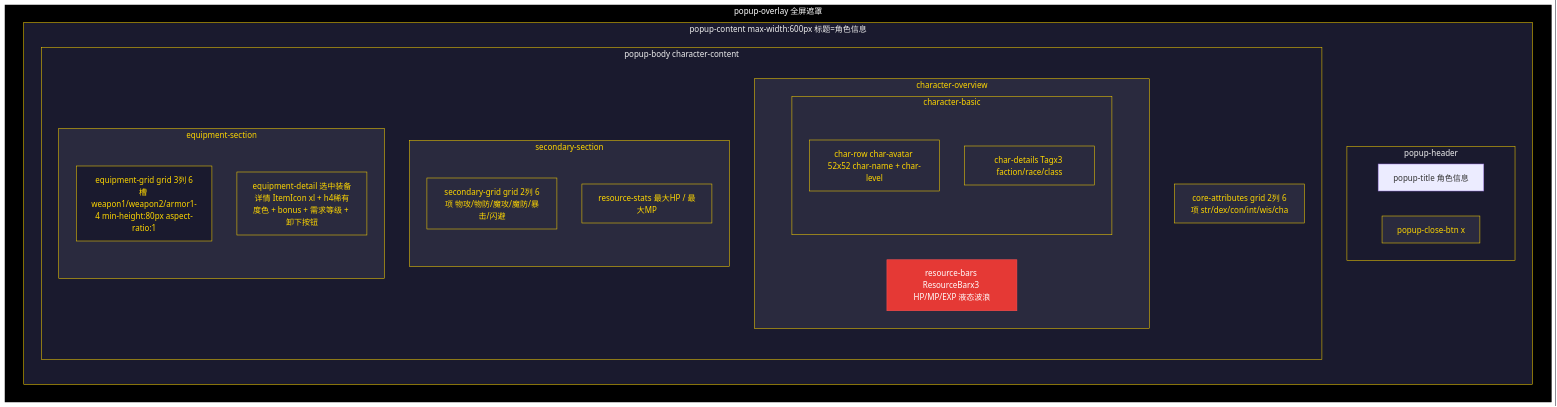
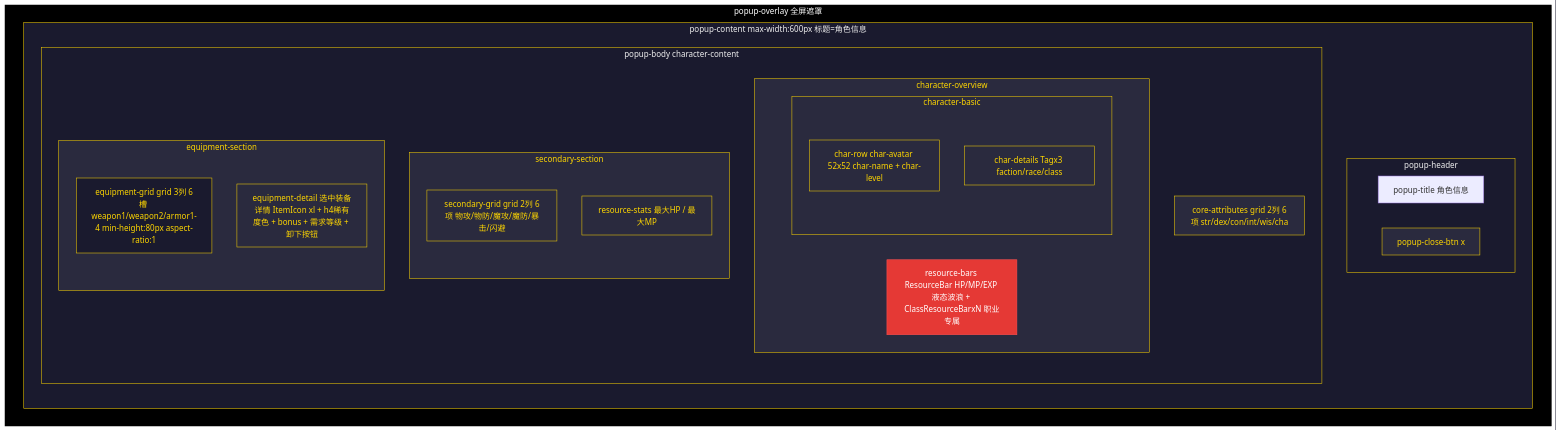
The sixth of 14 diagrams in doc/UI/UI_DESIGN_SPEC_POPUPS.md (SonDemigods/wow_dnd), drawn with Mermaid before and after one commit. The commit also changed other lines of this file and 55 other files, not shown here.

````diff
--- a/doc/UI/UI_DESIGN_SPEC_POPUPS.md
+++ b/doc/UI/UI_DESIGN_SPEC_POPUPS.md
@@ -603,49 +615,49 @@
 ```mermaid
 flowchart TB
     subgraph overlay["popup-overlay 全屏遮罩"]
         subgraph container["popup-content max-width:600px 标题=角色信息"]
             direction TB
             subgraph header["popup-header"]
                 direction LR
                 title["popup-title 角色信息"]
                 close["popup-close-btn x"]
             end
             subgraph body["popup-body character-content"]
                 direction TB
                 subgraph overview["character-overview"]
                     direction LR
                     subgraph basic["character-basic"]
                         direction TB
                         charRow["char-row char-avatar 52x52 char-name + char-level"]
                         charDetails["char-details Tagx3 faction/race/class"]
                     end
-                    resBars["resource-bars ResourceBarx3 HP/MP/EXP 液态波浪"]
+                    resBars["resource-bars ResourceBar HP/MP/EXP 液态波浪 + ClassResourceBarxN 职业专属"]
                 end
                 coreAttr["core-attributes grid 2列 6项 str/dex/con/int/wis/cha"]
                 subgraph secondary["secondary-section"]
                     direction TB
                     secGrid["secondary-grid grid 2列 6项 物攻/物防/魔攻/魔防/暴击/闪避"]
                     resStats["resource-stats 最大HP / 最大MP"]
                 end
                 subgraph equipSection["equipment-section"]
                     direction TB
                     equipGrid["equipment-grid grid 3列 6槽 weapon1/weapon2/armor1-4 min-height:80px aspect-ratio:1"]
                     equipDetail["equipment-detail 选中装备详情 ItemIcon xl + h4稀有度色 + bonus + 需求等级 + 卸下按钮"]
                 end
             end
         end
     end
 
     classDef overlayCls fill:#000000,stroke:#000,color:#fff
     classDef containerCls fill:#1a1a2e,stroke:#ffd700,color:#f0f0f0
     classDef regionCls fill:#2a2a3e,stroke:#ffd700,color:#ffd700
     classDef hpCls fill:#e53935,stroke:#ff5252,color:#fff
     classDef equipCls fill:#1a1a2e,stroke:#ffd700,color:#ffd700
 
     class overlay overlayCls
     class container,header,body containerCls
     class charRow,charDetails,coreAttr,secGrid,resStats,equipDetail,overview,basic,secondary,equipSection regionCls
     class resBars hpCls
     class equipGrid equipCls
     class close regionCls
 ```
````
